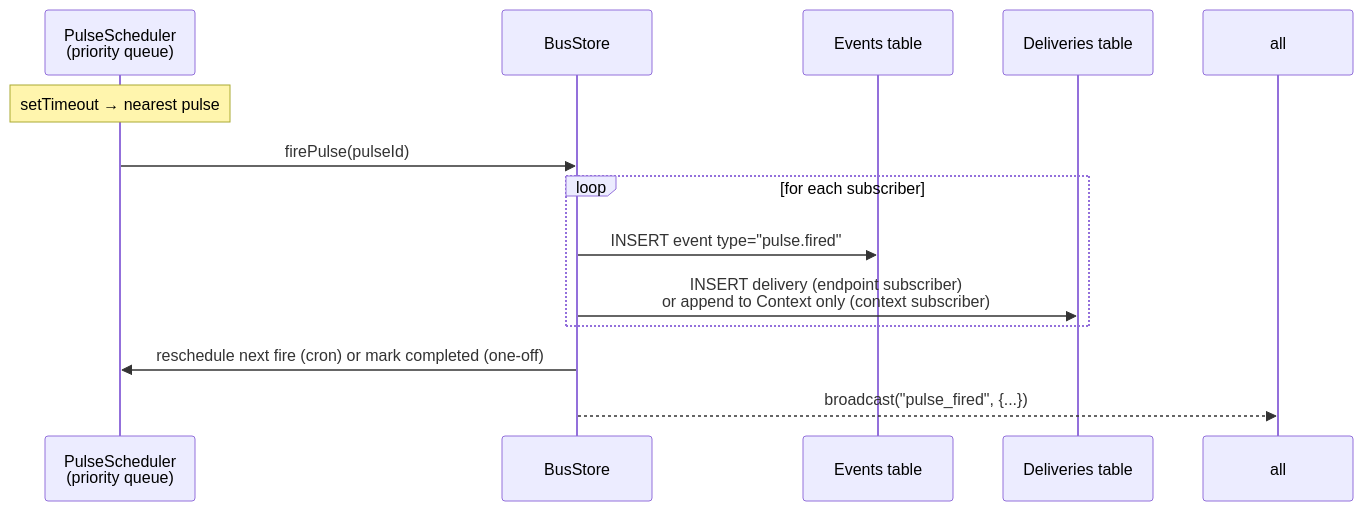
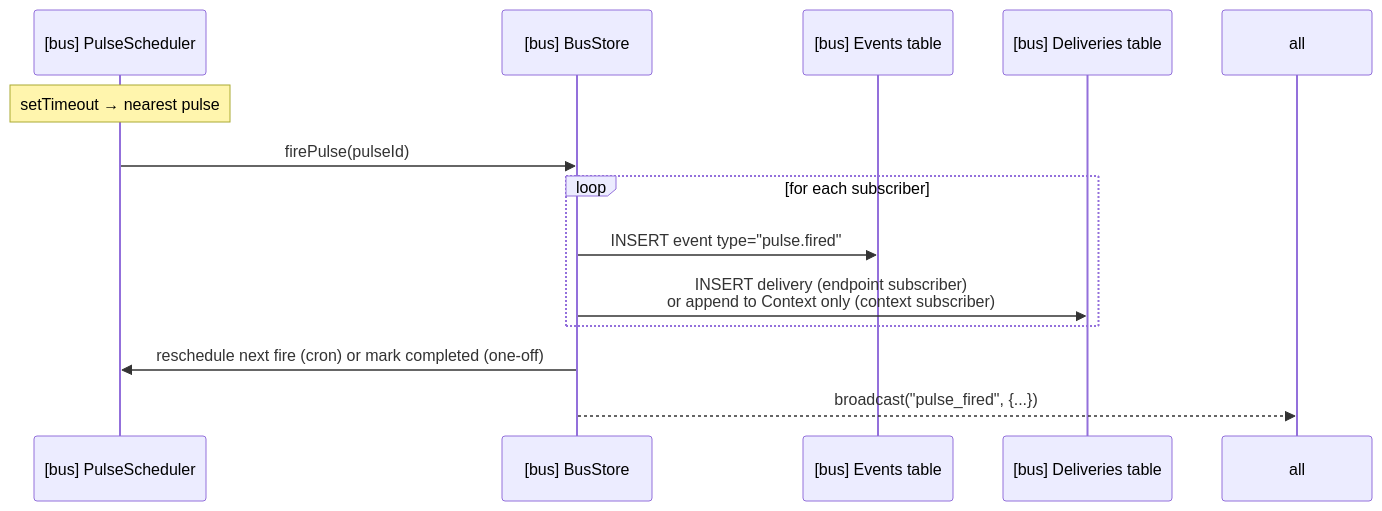
Before and after one commit to floe-ai/floe-subtrate: the third of 12 diagrams in docs/architecture/overview.md, drawn with Mermaid. The commit also changed other lines of this file, not shown here.

````diff
--- a/docs/architecture/overview.md
+++ b/docs/architecture/overview.md
@@ -71,16 +127,16 @@
 ```mermaid
 sequenceDiagram
-    participant PS as PulseScheduler<br/>(priority queue)
-    participant BUS as BusStore
-    participant EV as Events table
-    participant DEL as Deliveries table
+    participant PS as [bus] PulseScheduler
+    participant BUS as [bus] BusStore
+    participant EV as [bus] Events table
+    participant DEL as [bus] Deliveries table
 
     Note over PS: setTimeout → nearest pulse
     PS->>BUS: firePulse(pulseId)
     loop for each subscriber
         BUS->>EV: INSERT event type="pulse.fired"
         BUS->>DEL: INSERT delivery (endpoint subscriber)<br/>or append to Context only (context subscriber)
     end
     BUS->>PS: reschedule next fire (cron) or mark completed (one-off)
     BUS-->>all: broadcast("pulse_fired", {...})
 ```
````
